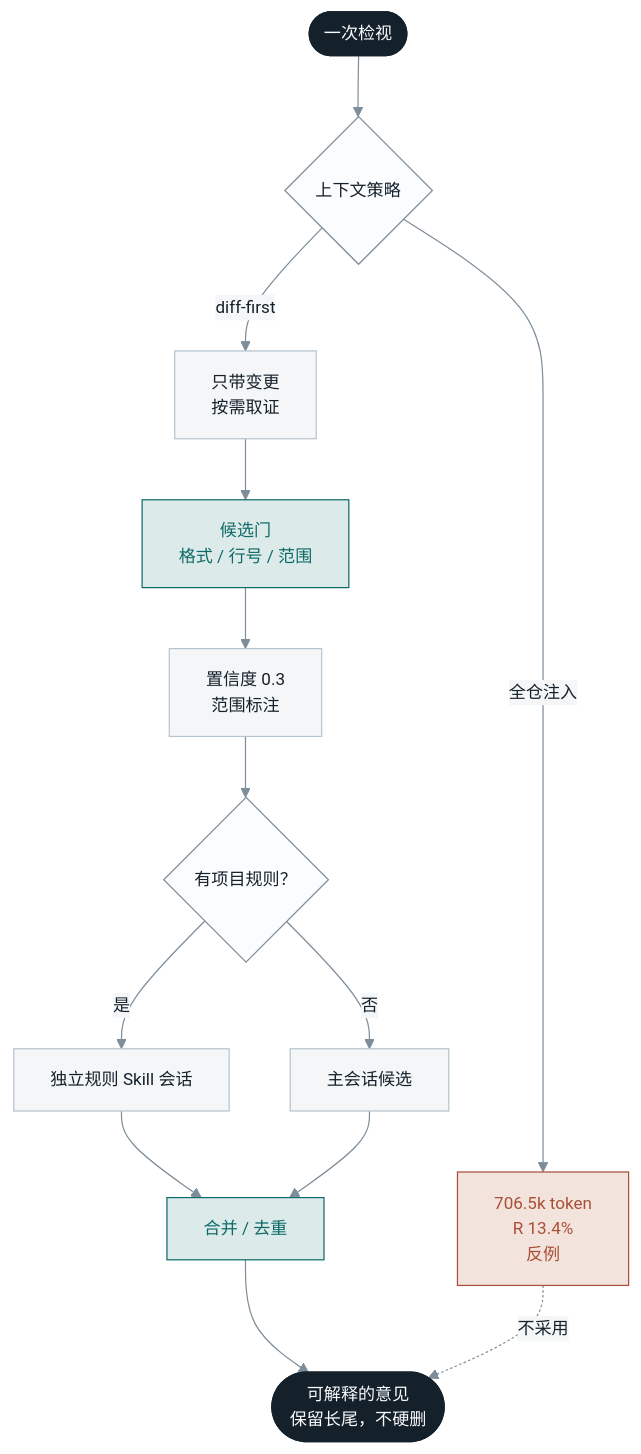
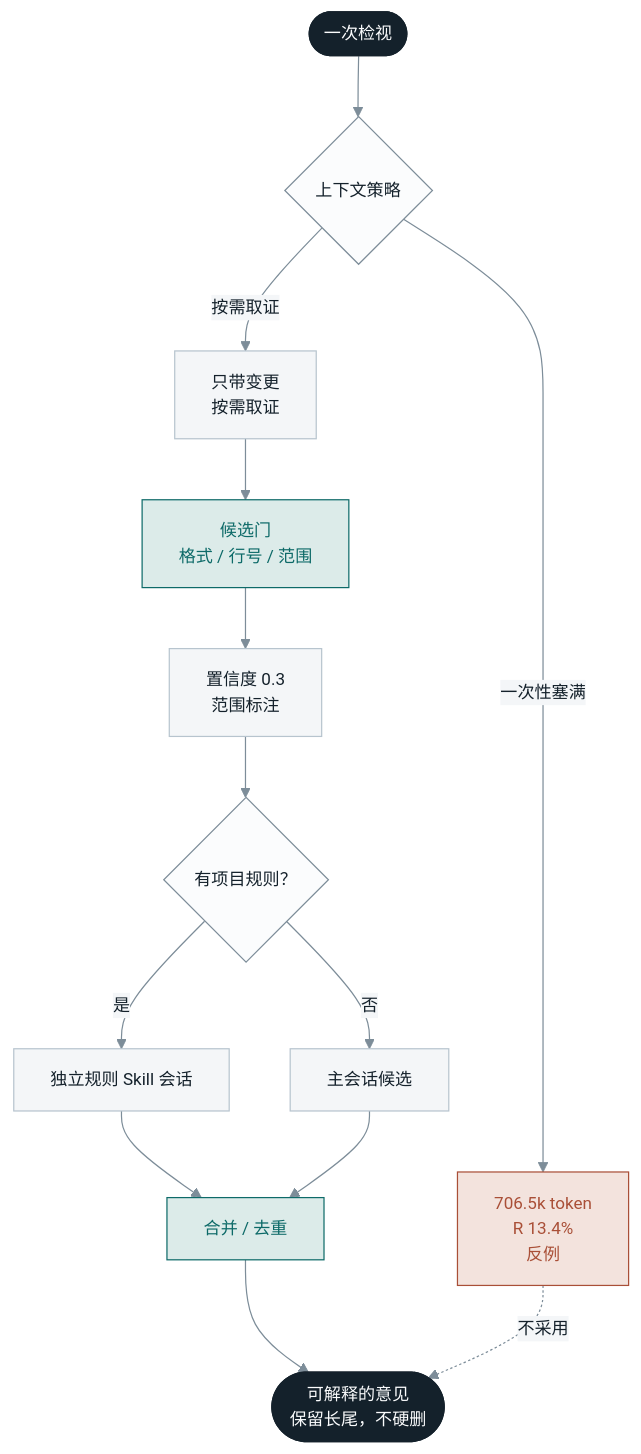
Before and after one commit to ffanwei/ReviewAgent-pi: the diagram in .scratch/blog/diagrams/flow-3-noise.mmd, drawn with Mermaid. The commit also changed 7 other files, not shown here.

First line of the commit message:
docs(blog): 噪声治理图去掉全仓与 diff-first 措辞

```diff
--- a/.scratch/blog/diagrams/flow-3-noise.mmd
+++ b/.scratch/blog/diagrams/flow-3-noise.mmd
@@ -1,25 +1,25 @@
 %%{init: {"theme":"base","themeVariables":{"primaryColor":"#DCEBE9","primaryTextColor":"#14212B","primaryBorderColor":"#0D6A68","lineColor":"#7D8D99","secondaryColor":"#F4F6F8","tertiaryColor":"#FBFCFD","fontFamily":"Noto Sans SC, Microsoft YaHei, sans-serif","fontSize":"14px"}}}%%
 flowchart TD
   A(["一次检视"]) --> B{"上下文策略"}
-  B -- "全仓注入" --> C["706.5k token<br/>R 13.4%<br/>反例"]
-  B -- "diff-first" --> D["只带变更<br/>按需取证"]
+  B -- "一次性塞满" --> C["706.5k token<br/>R 13.4%<br/>反例"]
+  B -- "按需取证" --> D["只带变更<br/>按需取证"]
   D --> E["候选门<br/>格式 / 行号 / 范围"]
   E --> F["置信度 0.3<br/>范围标注"]
   F --> G{"有项目规则？"}
   G -- "是" --> H["独立规则 Skill 会话"]
   G -- "否" --> I["主会话候选"]
   H --> J["合并 / 去重"]
   I --> J
   J --> K(["可解释的意见<br/>保留长尾，不硬删"])
   C -. "不采用" .-> K
 
   classDef process fill:#F4F6F8,stroke:#B7C4CE,color:#14212B;
   classDef decision fill:#FBFCFD,stroke:#7D8D99,color:#14212B;
   classDef key fill:#DCEBE9,stroke:#0D6A68,color:#0D6A68;
   classDef bad fill:#F3E3DD,stroke:#A94F37,color:#A94F37;
   classDef terminal fill:#14212B,stroke:#14212B,color:#FBFCFD;
   class A,K terminal;
   class B,G decision;
   class D,E,F,H,I,J process;
   class C bad;
   class E,J key;
```
